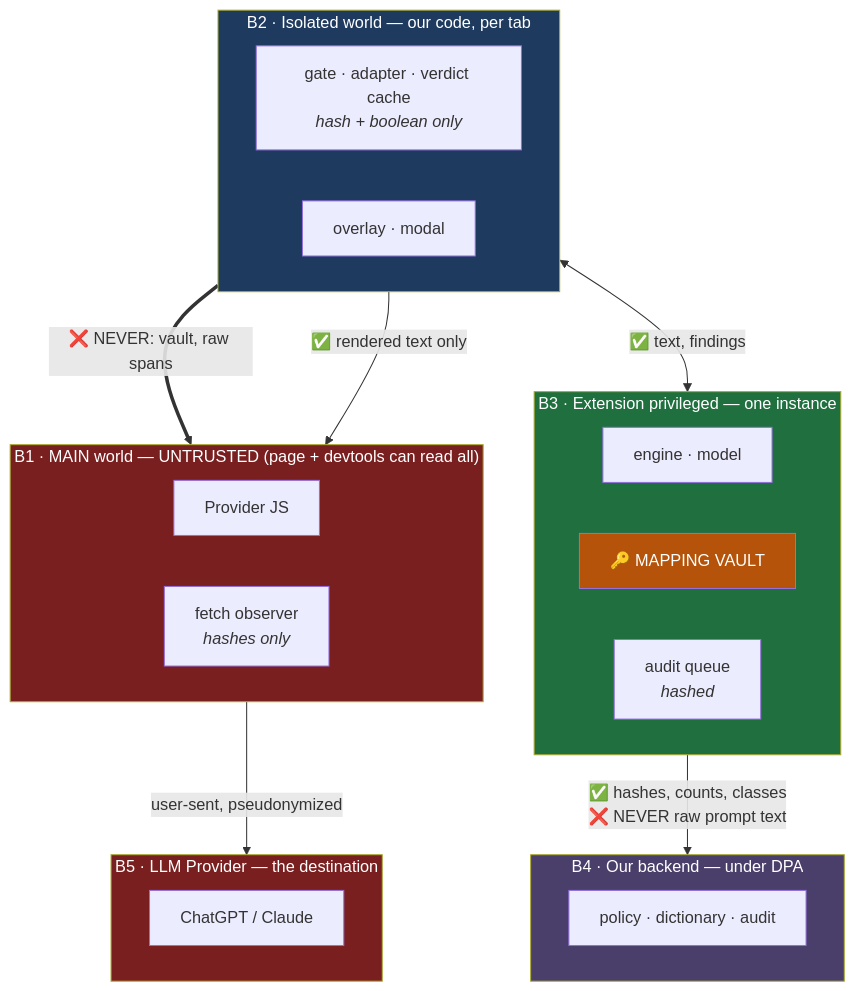
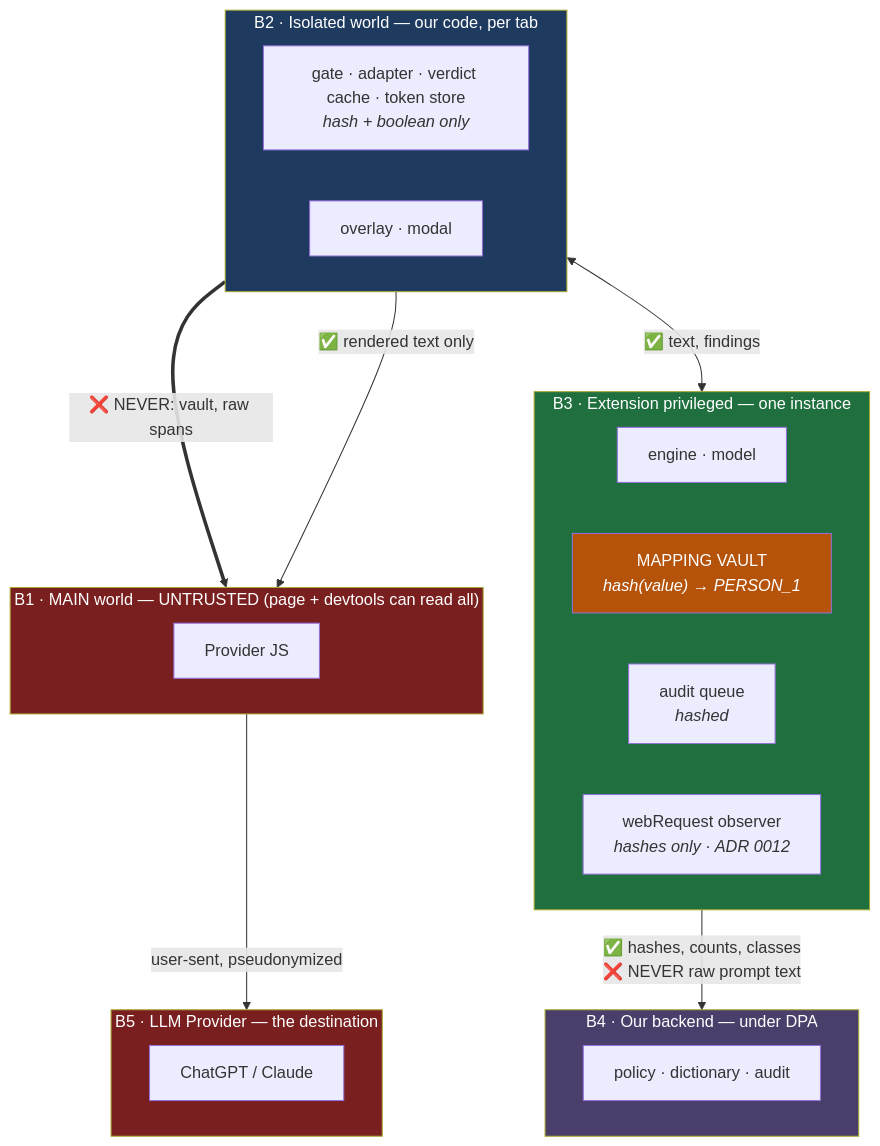
The fifth of 5 diagrams in docs/01-hld.md (JeffTiong1031/Vanguard), drawn with Mermaid before and after one commit. The commit also changed other lines of this file and 8 other files, not shown here.

````diff
--- a/docs/01-hld.md
+++ b/docs/01-hld.md
@@ -247,35 +275,35 @@
 ```mermaid
 graph TB
     subgraph B5["B5 · LLM Provider — the destination"]
         P["ChatGPT / Claude"]
     end
     subgraph B1["B1 · MAIN world — UNTRUSTED (page + devtools can read all)"]
         PJS["Provider JS"]
-        FO["fetch observer<br/><i>hashes only</i>"]
     end
     subgraph B2["B2 · Isolated world — our code, per tab"]
-        GG["gate · adapter · verdict cache<br/><i>hash + boolean only</i>"]
+        GG["gate · adapter · verdict cache · token store<br/><i>hash + boolean only</i>"]
         UI["overlay · modal"]
     end
     subgraph B3["B3 · Extension privileged — one instance"]
         EE["engine · model"]
-        VV["🔑 MAPPING VAULT"]
+        VV["MAPPING VAULT<br/><i>hash(value) → PERSON_1</i>"]
         AQ["audit queue<br/><i>hashed</i>"]
+        FO["webRequest observer<br/><i>hashes only · ADR 0012</i>"]
     end
     subgraph B4["B4 · Our backend — under DPA"]
         BB["policy · dictionary · audit"]
     end
 
     B2 ==>|"❌ NEVER: vault, raw spans"| B1
     B2 -->|"✅ rendered text only"| B1
     B3 -->|"✅ hashes, counts, classes<br/>❌ NEVER raw prompt text"| B4
     B2 <-->|"✅ text, findings"| B3
     B1 -->|"user-sent, pseudonymized"| B5
 
     style B1 fill:#7a1f1f,color:#fff
     style B2 fill:#1e3a5f,color:#fff
     style B3 fill:#1f6f3f,color:#fff
     style B4 fill:#4a3f6b,color:#fff
     style B5 fill:#7a1f1f,color:#fff
     style VV fill:#b45309,color:#fff
 ```
````
